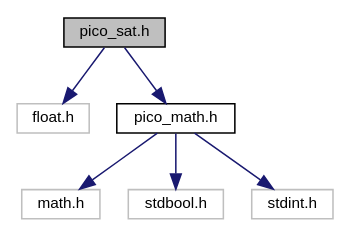
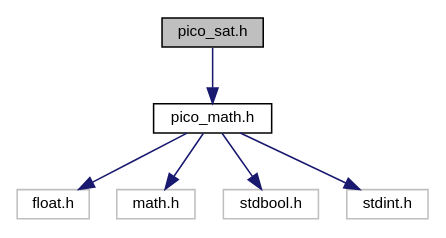
One commit to empyreanx/empyreanx.github.io changed the diagram in docs/ph/pico__sat_8h__incl.dot. Above: the diagram before and after it, drawn with Graphviz. The commit also changed 94 other files, not shown here.

```diff
--- a/docs/ph/pico__sat_8h__incl.dot
+++ b/docs/ph/pico__sat_8h__incl.dot
@@ -1,17 +1,17 @@
 digraph "pico_sat.h"
 {
  // LATEX_PDF_SIZE
   edge [fontname="Helvetica",fontsize="10",labelfontname="Helvetica",labelfontsize="10"];
   node [fontname="Helvetica",fontsize="10",shape=record];
   Node1 [label="pico_sat.h",height=0.2,width=0.4,color="black", fillcolor="grey75", style="filled", fontcolor="black",tooltip="Separating Axis Theorem (SAT) Tests written in C99."];
   Node1 -> Node2 [color="midnightblue",fontsize="10",style="solid",fontname="Helvetica"];
-  Node2 [label="float.h",height=0.2,width=0.4,color="grey75", fillcolor="white", style="filled",tooltip=" "];
-  Node1 -> Node3 [color="midnightblue",fontsize="10",style="solid",fontname="Helvetica"];
-  Node3 [label="pico_math.h",height=0.2,width=0.4,color="black", fillcolor="white", style="filled",URL="$pico__math_8h.html",tooltip="A 2D math library for games."];
-  Node3 -> Node4 [color="midnightblue",fontsize="10",style="solid",fontname="Helvetica"];
+  Node2 [label="pico_math.h",height=0.2,width=0.4,color="black", fillcolor="white", style="filled",URL="$pico__math_8h.html",tooltip="A 2D math library for games."];
+  Node2 -> Node3 [color="midnightblue",fontsize="10",style="solid",fontname="Helvetica"];
+  Node3 [label="float.h",height=0.2,width=0.4,color="grey75", fillcolor="white", style="filled",tooltip=" "];
+  Node2 -> Node4 [color="midnightblue",fontsize="10",style="solid",fontname="Helvetica"];
   Node4 [label="math.h",height=0.2,width=0.4,color="grey75", fillcolor="white", style="filled",tooltip=" "];
-  Node3 -> Node5 [color="midnightblue",fontsize="10",style="solid",fontname="Helvetica"];
+  Node2 -> Node5 [color="midnightblue",fontsize="10",style="solid",fontname="Helvetica"];
   Node5 [label="stdbool.h",height=0.2,width=0.4,color="grey75", fillcolor="white", style="filled",tooltip=" "];
-  Node3 -> Node6 [color="midnightblue",fontsize="10",style="solid",fontname="Helvetica"];
+  Node2 -> Node6 [color="midnightblue",fontsize="10",style="solid",fontname="Helvetica"];
   Node6 [label="stdint.h",height=0.2,width=0.4,color="grey75", fillcolor="white", style="filled",tooltip=" "];
 }
```
